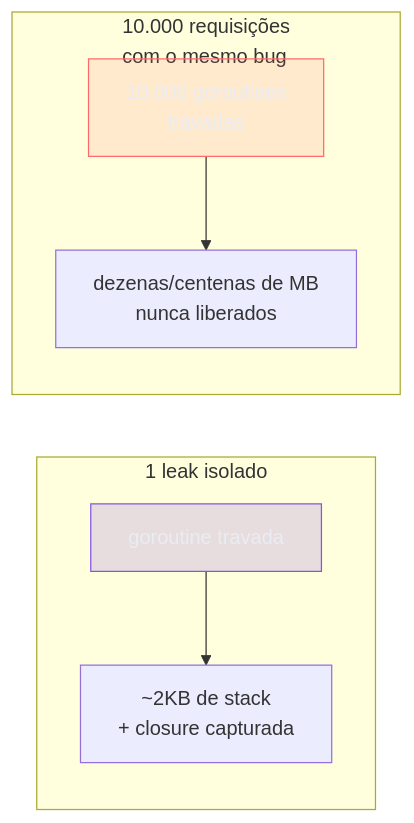
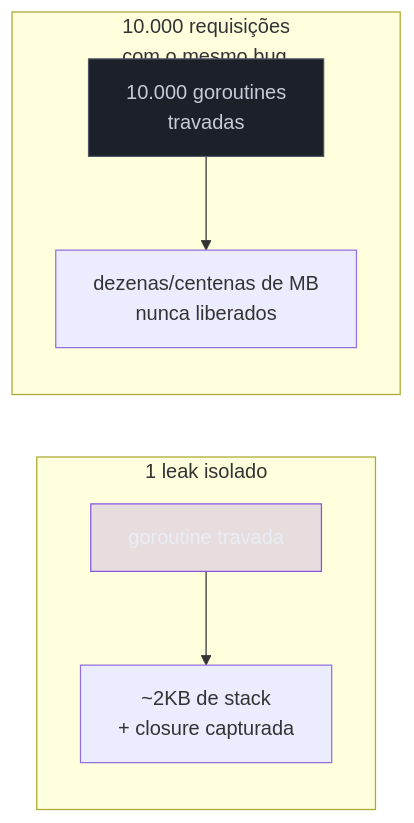
The fourth of 4 diagrams in 03-Dominios/Tecnologia/Go/08 - Channels e select/08 - Armadilhas de channels.md (josenaldo/codex-technomanticus), drawn with Mermaid before and after one commit. The commit also changed other lines of this file and 601 other files, not shown here.

````diff
--- a/03-Dominios/Tecnologia/Go/08 - Channels e select/08 - Armadilhas de channels.md
+++ b/03-Dominios/Tecnologia/Go/08 - Channels e select/08 - Armadilhas de channels.md
@@ -364,14 +364,14 @@
 ```mermaid
 flowchart LR
+    classDef neutro fill:#1B2029,stroke:#4E5666,color:#C6CCD8
     classDef marca fill:#8855DF33,stroke:#8855DF,color:#E9ECF2
-    classDef falha fill:#FF6B6B24,stroke:#FF6B6B,color:#E9ECF2
     subgraph "1 leak isolado"
         L1["goroutine travada"] --> M1["~2KB de stack\n+ closure capturada"]
     end
     subgraph "10.000 requisições\ncom o mesmo bug"
         L2["10.000 goroutines\ntravadas"] --> M2["dezenas/centenas de MB\nnunca liberados"]
     end
 
     class L1 marca
-    class L2 falha
+    class L2 neutro
 ```
````
